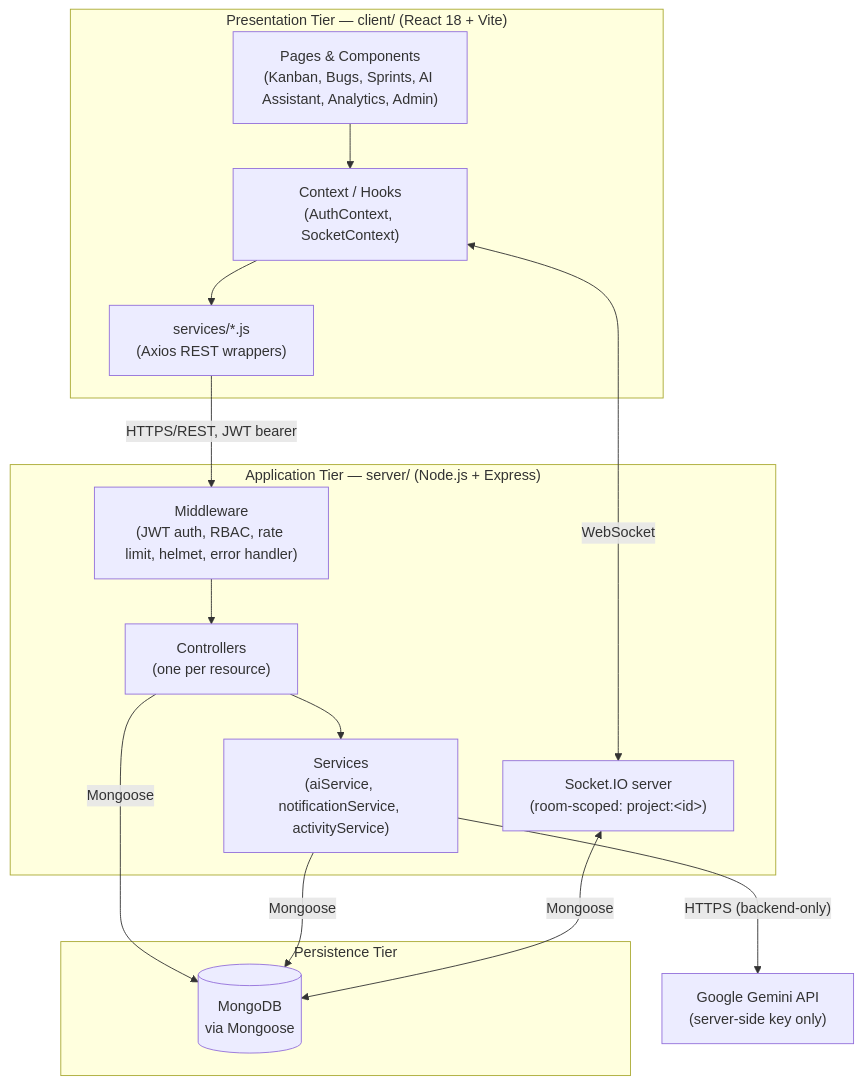
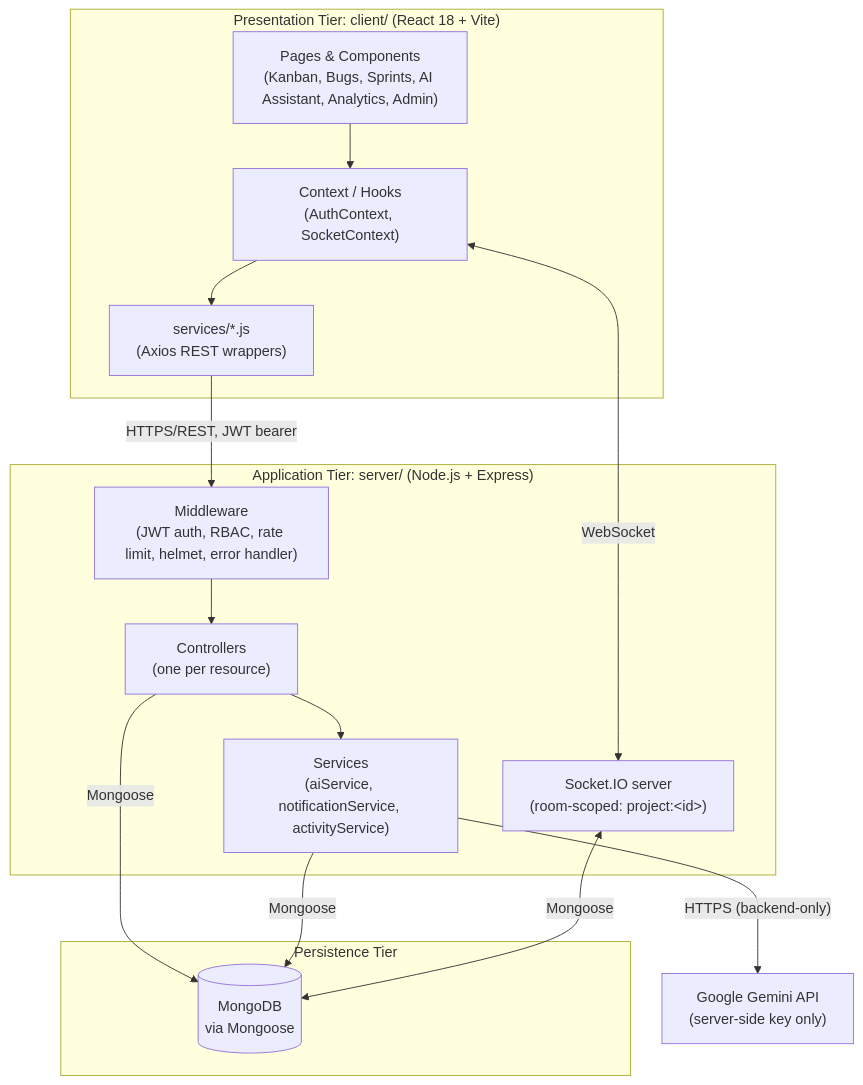
One commit to harshhhhss/DevPilot-AI changed the diagram in README.md. Above: the diagram before and after it, drawn with Mermaid. The commit also changed other lines of this file and 30 other files, not shown here.

````diff
--- a/README.md
+++ b/README.md
@@ -38,30 +42,30 @@
 ```mermaid
 flowchart TB
-    subgraph Client["Presentation Tier — client/ (React 18 + Vite)"]
+    subgraph Client["Presentation Tier: client/ (React 18 + Vite)"]
         UI["Pages & Components<br/>(Kanban, Bugs, Sprints, AI Assistant, Analytics, Admin)"]
         CTX["Context / Hooks<br/>(AuthContext, SocketContext)"]
         SVC["services/*.js<br/>(Axios REST wrappers)"]
     end
 
-    subgraph API["Application Tier — server/ (Node.js + Express)"]
+    subgraph API["Application Tier: server/ (Node.js + Express)"]
         MW["Middleware<br/>(JWT auth, RBAC, rate limit, helmet, error handler)"]
         CTRL["Controllers<br/>(one per resource)"]
         BSVC["Services<br/>(aiService, notificationService, activityService)"]
         SOCK["Socket.IO server<br/>(room-scoped: project:&lt;id&gt;)"]
     end
 
     subgraph Data["Persistence Tier"]
         DB[("MongoDB<br/>via Mongoose")]
     end
 
     EXT["Google Gemini API<br/>(server-side key only)"]
 
     UI --> CTX --> SVC
     SVC -->|"HTTPS/REST, JWT bearer"| MW --> CTRL
     CTRL --> BSVC
     CTRL -->|Mongoose| DB
     BSVC -->|Mongoose| DB
     BSVC -->|"HTTPS (backend-only)"| EXT
     CTX <-->|WebSocket| SOCK
     SOCK <-->|Mongoose| DB
 ```
````
